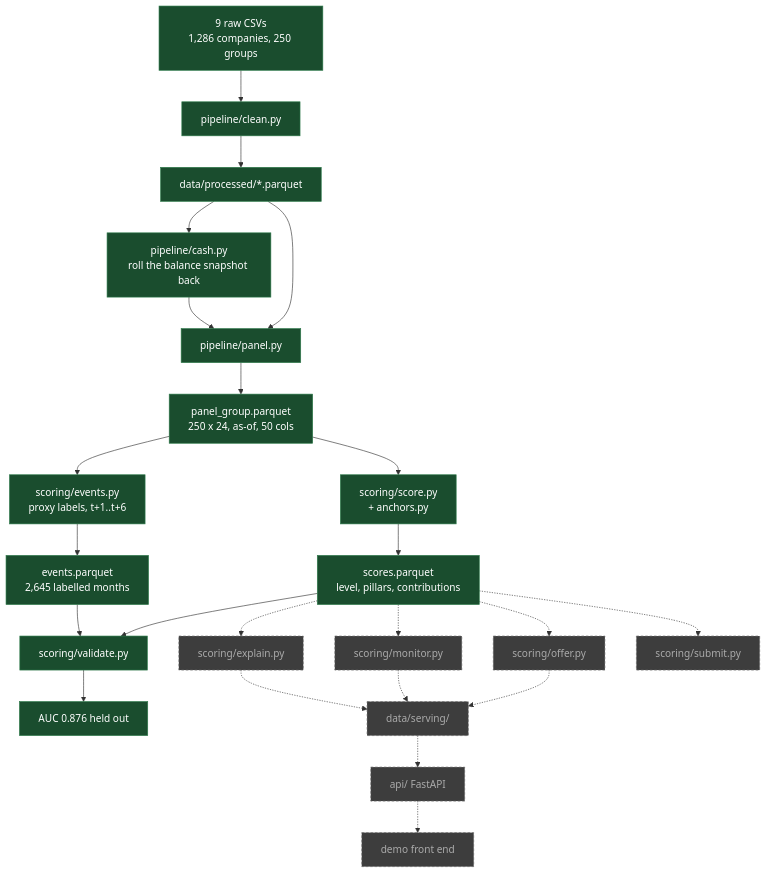
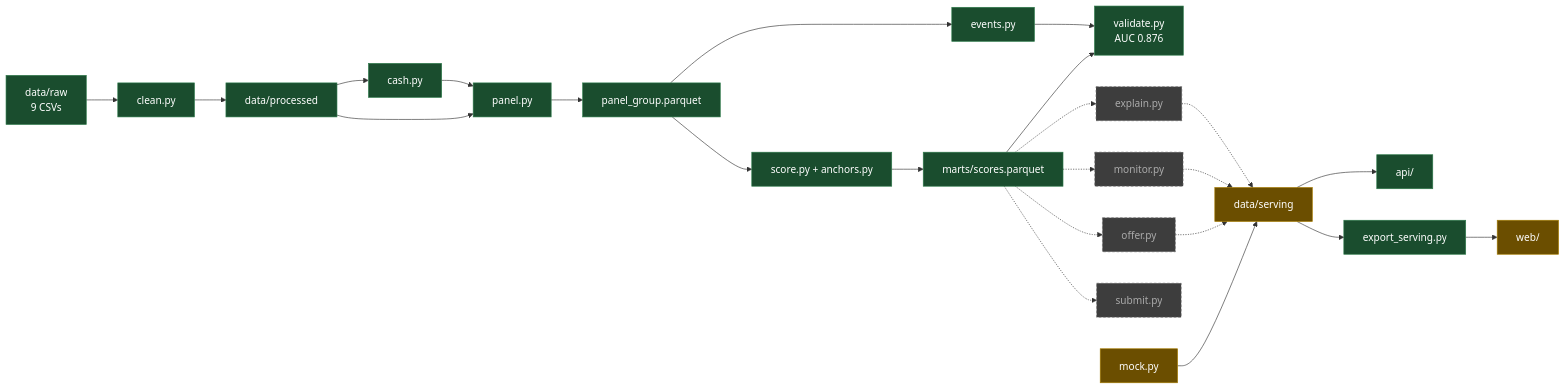
One commit to felipemagr/hackspain changed the diagram in docs/status.md. Above: the diagram before and after it, drawn with Mermaid. The commit also changed other lines of this file, not shown here.

First line of the commit message:
docs(status): restructure as tables with IDs, metrics and data traps

````diff
--- a/docs/status.md
+++ b/docs/status.md
@@ -8,32 +54,22 @@
 ```mermaid
-flowchart TD
-    csv["9 raw CSVs<br/>1,286 companies, 250 groups"] --> clean["pipeline/clean.py"]
-    clean --> proc["data/processed/*.parquet"]
-    proc --> cash["pipeline/cash.py<br/>roll the balance snapshot back"]
-    proc --> panel["pipeline/panel.py"]
-    cash --> panel
-    panel --> pg["panel_group.parquet<br/>250 x 24, as-of, 50 cols"]
-
-    pg --> events["scoring/events.py<br/>proxy labels, t+1..t+6"]
-    pg --> score["scoring/score.py<br/>+ anchors.py"]
-    score --> sc["scores.parquet<br/>level, pillars, contributions"]
-    events --> ev["events.parquet<br/>2,645 labelled months"]
-    sc --> val["scoring/validate.py"]
-    ev --> val
-    val --> res["AUC 0.876 held out"]
-
-    sc -.-> explain["scoring/explain.py"]
-    sc -.-> monitor["scoring/monitor.py"]
-    sc -.-> offer["scoring/offer.py"]
-    sc -.-> submit["scoring/submit.py"]
-    explain -.-> serving["data/serving/"]
-    monitor -.-> serving
-    offer -.-> serving
-    serving -.-> api["api/ FastAPI"]
-    api -.-> demo["demo front end"]
+flowchart LR
+    raw["data/raw<br/>9 CSVs"] --> clean["clean.py"] --> proc["data/processed"]
+    proc --> cash["cash.py"] --> panel["panel.py"]
+    proc --> panel
+    panel --> pg["panel_group.parquet"]
+    pg --> events["events.py"] --> val["validate.py<br/>AUC 0.876"]
+    pg --> score["score.py + anchors.py"] --> sc["marts/scores.parquet"]
+    sc --> val
+    sc -.-> explain["explain.py"] & monitor["monitor.py"] & offer["offer.py"] & submit["submit.py"]
+    explain & monitor & offer -.-> serving["data/serving"]
+    mock["mock.py"] --> serving
+    serving --> api["api/"]
+    serving --> exp["export_serving.py"] --> web["web/"]
 
     classDef built fill:#1a4d2e,stroke:#2d7a4a,color:#fff
+    classDef mock fill:#6b4e00,stroke:#a67c00,color:#fff
     classDef todo fill:#3d3d3d,stroke:#666,color:#aaa,stroke-dasharray: 4 3
-    class csv,clean,proc,cash,panel,pg,events,score,sc,ev,val,res built
-    class explain,monitor,offer,submit,serving,api,demo todo
+    class raw,clean,proc,cash,panel,pg,events,score,sc,val,exp,api built
+    class mock,serving,web mock
+    class explain,monitor,offer,submit todo
 ```
````
